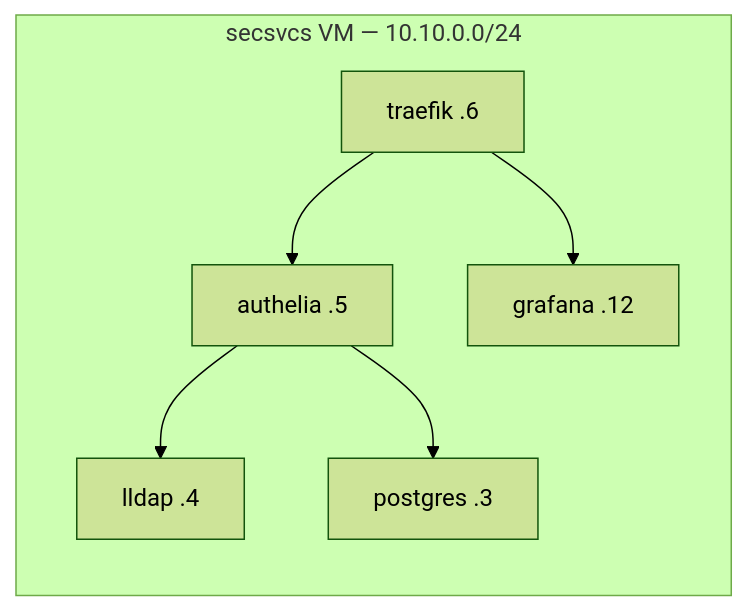
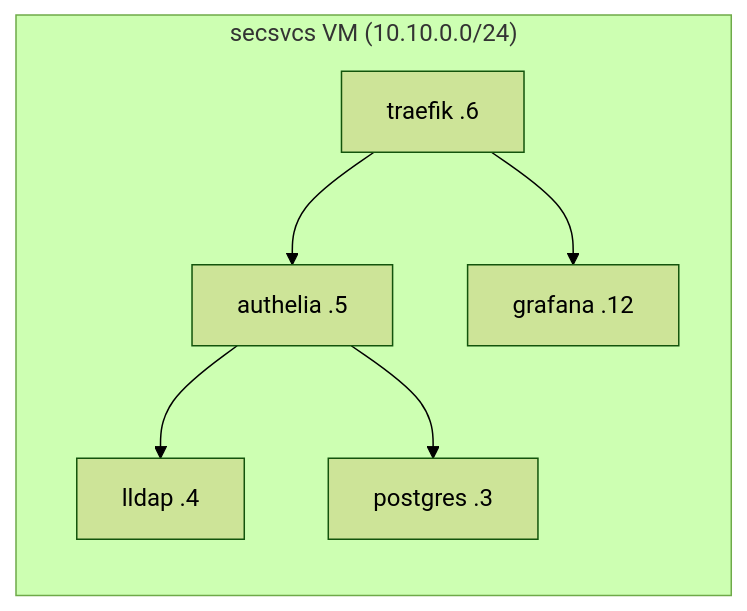
Before and after one commit to babraham123/homesite: the diagram in src/www/docs/blog/posts/podman-quadlets.md, drawn with Mermaid (forest theme). The commit also changed other lines of this file and 11 other files, not shown here.

````diff
--- a/src/www/docs/blog/posts/podman-quadlets.md
+++ b/src/www/docs/blog/posts/podman-quadlets.md
@@ -63,13 +63,13 @@
 ```mermaid
 flowchart LR
-    subgraph secsvcs["secsvcs VM — 10.10.0.0/24"]
+    subgraph secsvcs["secsvcs VM (10.10.0.0/24)"]
         t["traefik .6"]
         a["authelia .5"]
         l["lldap .4"]
         p["postgres .3"]
         g["grafana .12"]
     end
     t --> a --> l
     a --> p
     t --> g
 ```
````
